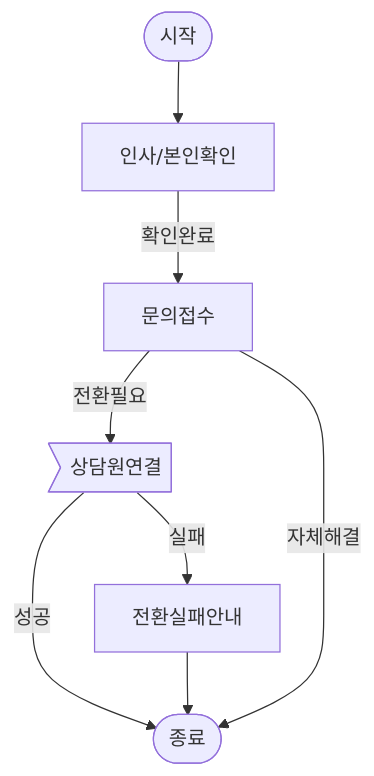
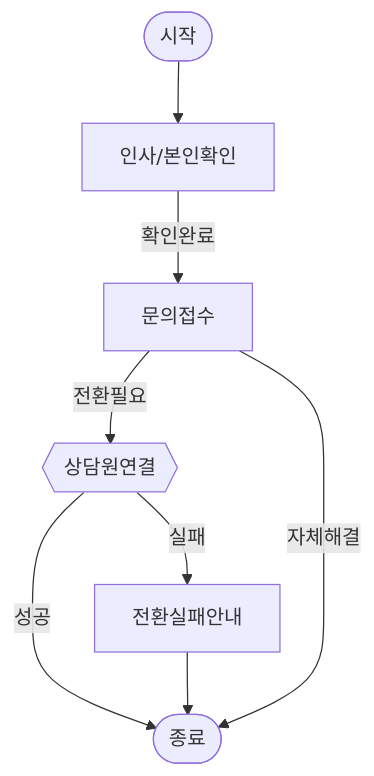
Before and after one commit to vox-public/vox-skills: the seventh of 7 diagrams in skills/vox-flow/references/flow-sketch.md, drawn with Mermaid. The commit also changed other lines of this file and 4 other files, not shown here.

First line of the commit message:
fix(vox-flow): apply round 2 audit P1 fixes

````diff
--- a/skills/vox-flow/references/flow-sketch.md
+++ b/skills/vox-flow/references/flow-sketch.md
@@ -300,10 +308,10 @@
 ```mermaid
 flowchart TD
     A([시작]) --> B[인사/본인확인]
     B -->|확인완료| C[문의접수]
-    C -->|전환필요| D>상담원연결]
+    C -->|전환필요| D{{상담원연결}}
     D -->|성공| E([종료])
     D -->|실패| F[전환실패안내]
     F --> E
     C -->|자체해결| E
 ```
````
